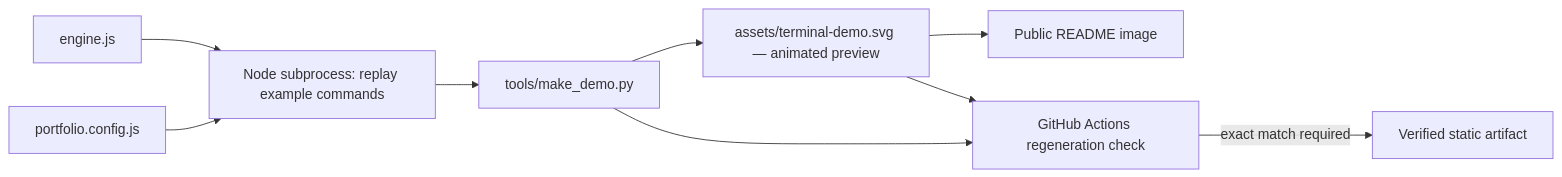
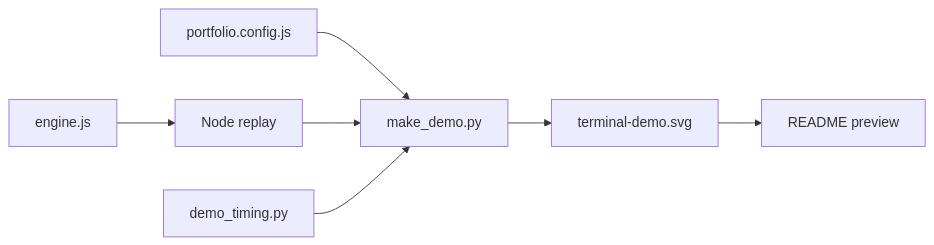
One commit to yassinebkr/ShellFolio changed the third of 3 diagrams in docs/DEVELOPMENT.md. Above: the diagram before and after it, drawn with Mermaid. The commit also changed other lines of this file and 2 other files, not shown here.

````diff
--- a/docs/DEVELOPMENT.md
+++ b/docs/DEVELOPMENT.md
@@ -66,11 +68,9 @@
 ```mermaid
 flowchart LR
-    Engine["engine.js"] --> Node["Node subprocess: replay example commands"]
-    Config["portfolio.config.js"] --> Node
-    Node --> Generator["tools/make_demo.py"]
-    Generator --> SVG["assets/terminal-demo.svg — animated preview"]
-    SVG --> README["Public README image"]
-    Generator --> CI["GitHub Actions regeneration check"]
-    SVG --> CI
-    CI -->|"exact match required"| Result["Verified static artifact"]
+    ENGINE["engine.js"] --> NODE["Node replay"]
+    CFG["portfolio.config.js"] --> GENERATOR["make_demo.py"]
+    NODE --> GENERATOR
+    TIMING["demo_timing.py"] --> GENERATOR
+    GENERATOR --> SVG["terminal-demo.svg"]
+    SVG --> README["README preview"]
 ```
````
